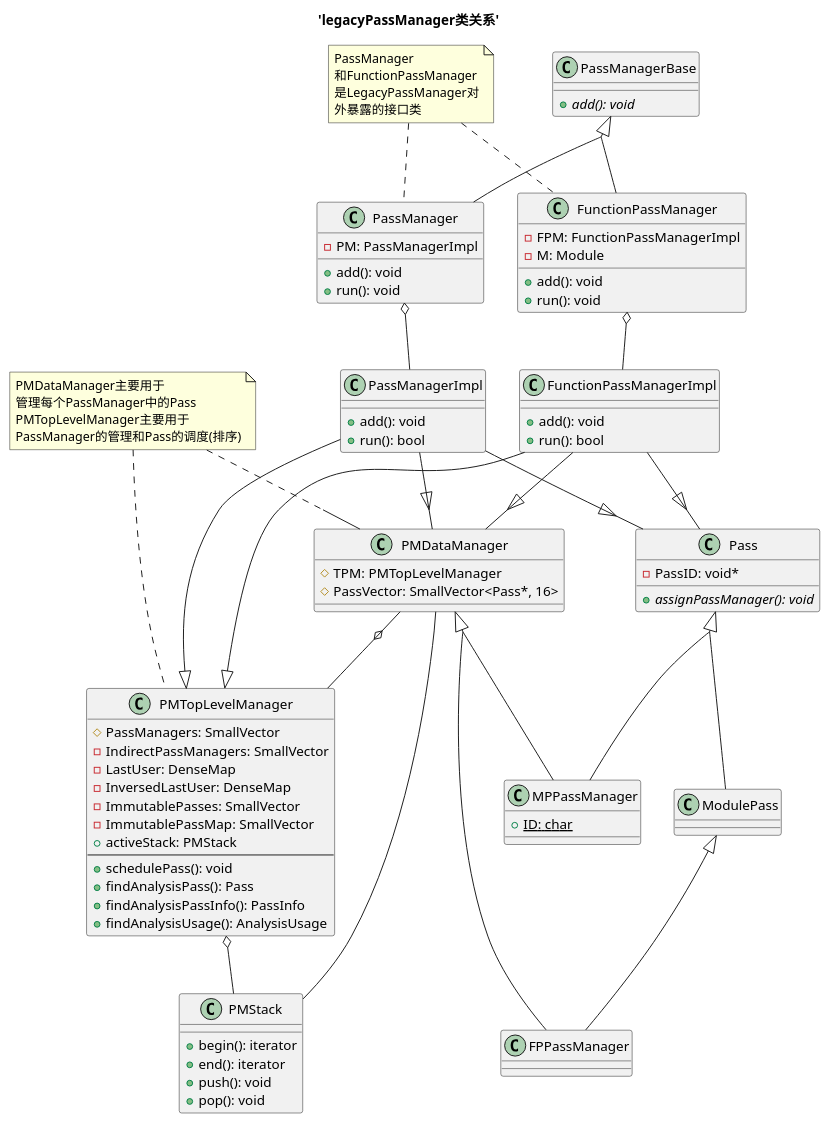
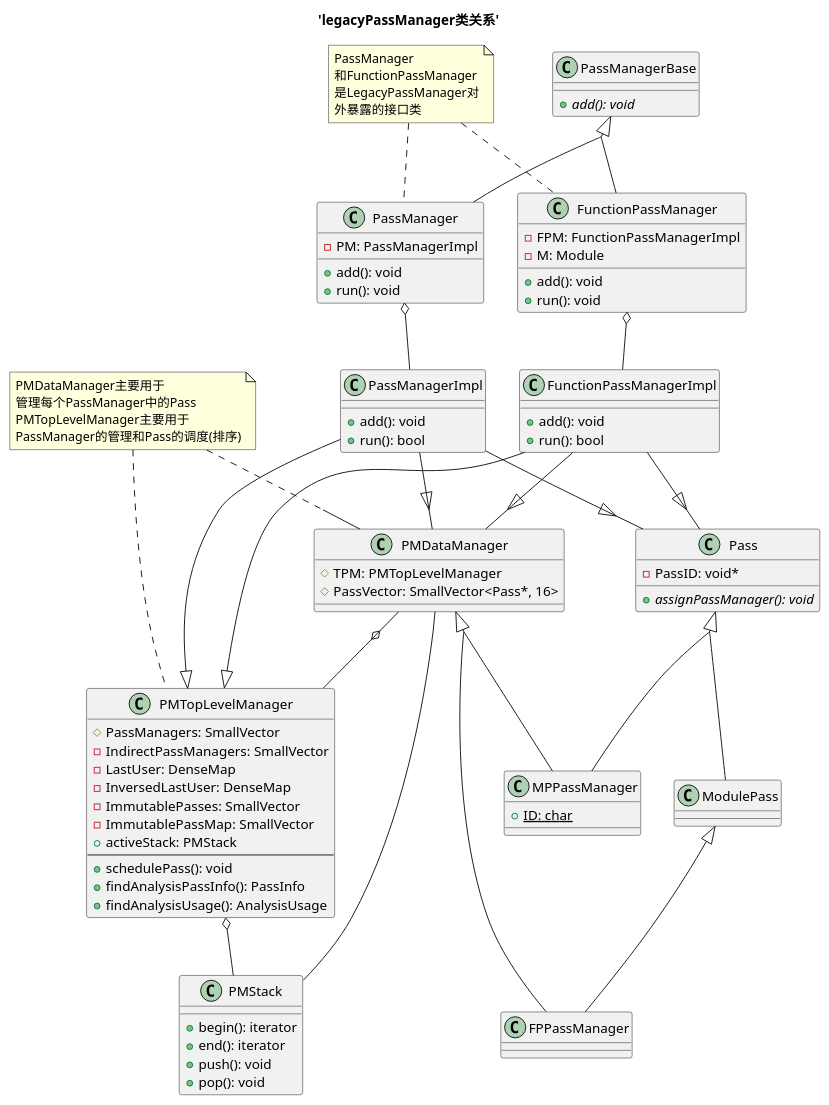
The diagram in chapter_2/plantuml/inheritance.wsd (Jayson-du/ZPU_summary), drawn with PlantUML before and after one commit. The commit also changed 2 other files, not shown here.

Commit message:
build: learn legacy PassManager

```diff
--- a/chapter_2/plantuml/inheritance.wsd
+++ b/chapter_2/plantuml/inheritance.wsd
@@ -1,157 +1,156 @@
 @startuml
 
 title 'legacyPassManager类关系'
 
 skinparam groupInheritance 2
 
 top to bottom direction
 
 ' 类定义
 
 class PassManagerBase {
   {abstract} +add(): void
 }
 
 together {
 
   class FunctionPassManager {
     + add(): void
     + run(): void
     - FPM: FunctionPassManagerImpl
     - M: Module
   }
 
   class PassManager {
     + add(): void
     + run(): void
     - PM: PassManagerImpl
   }
 
 }
 
 together {
 
   class PassManagerImpl {
     + add(): void
     + run(): bool
   }
 
   class FunctionPassManagerImpl {
     + add(): void
     + run(): bool
   }
 
 }
 
 
 ' -----*------
 together {
 
   class PMStack {
     + begin(): iterator
     + end(): iterator
     + push(): void
     + pop(): void
   }
 
   class PMDataManager {
     # TPM: PMTopLevelManager
     # PassVector: SmallVector<Pass*, 16>
   }
 
   class PMTopLevelManager {
     # PassManagers: SmallVector
     - IndirectPassManagers: SmallVector
     - LastUser: DenseMap
     - InversedLastUser: DenseMap
     - ImmutablePasses: SmallVector
     - ImmutablePassMap: SmallVector
     + activeStack: PMStack
     ----
     + schedulePass(): void
-    + findAnalysisPass(): Pass
     + findAnalysisPassInfo(): PassInfo
     + findAnalysisUsage(): AnalysisUsage
   }
 
 }
 
 class Pass {
   - PassID: void*
   {abstract} + assignPassManager(): void
 }
 
 together {
 
   class ModulePass {
 
   }
 
   class FPPassManager {
 
   }
 
 }
 
 class MPPassManager {
   {static} + ID: char
 }
 
 
 ' *****************
 ' ***** 类关系 *****
 ' *****************
 
 ' PassManagerBase类关系
 PassManagerBase                     <|-down-                  PassManager
 PassManagerBase                     <|-down-                  FunctionPassManager
 
 ' PassManager类关系
 PassManager                         o-down-                   PassManagerImpl
 
 ' PassManagerImpl类关系
 PassManagerImpl                     -down-|>                  PMTopLevelManager
 PassManagerImpl                     -down-|>                  PMDataManager
 PassManagerImpl                     -down-|>                  Pass
 
 ' FunctionPassManager类关系
 FunctionPassManager                 o-down-                   FunctionPassManagerImpl
 
 ' FunctionPassManagerImpl类关系
 FunctionPassManagerImpl             -down-|>                  PMTopLevelManager
 FunctionPassManagerImpl             -down-|>                  PMDataManager
 FunctionPassManagerImpl             -down-|>                  Pass
 
 ' PMTopLevelManager类关系
 PMTopLevelManager                   o-down-                   PMStack
 
 ' PMDataManager类关系
 PMDataManager                       -                         PMStack
 
 ' PMTopLevelManager与PMDataManager之间的关系
 PMDataManager                       o-down-                   PMTopLevelManager
 
 ' ModulePass类关系
 ModulePass                          -up-|>                    Pass
 
 ' FPPassManager类关系
 FPPassManager                       -up-|>                    PMDataManager
 FPPassManager                       -up-|>                    ModulePass
 
 ' MPPassManger类关系
 MPPassManager                       -up-|>                    Pass
 MPPassManager                       -up-|>                    PMDataManager
 
 ' ***** 注释 *****
 note "PassManager\n和FunctionPassManager\n是LegacyPassManager对\n外暴露的接口类" as export_interface
 
 note "PMDataManager主要用于\n管理每个PassManager中的Pass\nPMTopLevelManager主要用于\nPassManager的管理和Pass的调度(排序)" as pm_effect
 
 ' ***** 注释 *****
 PassManager                       .up.                        export_interface
 FunctionPassManager               .up.                        export_interface
 
 PMDataManager                     .up.                        pm_effect
 PMTopLevelManager                 .up.                        pm_effect
 
 @enduml
```
